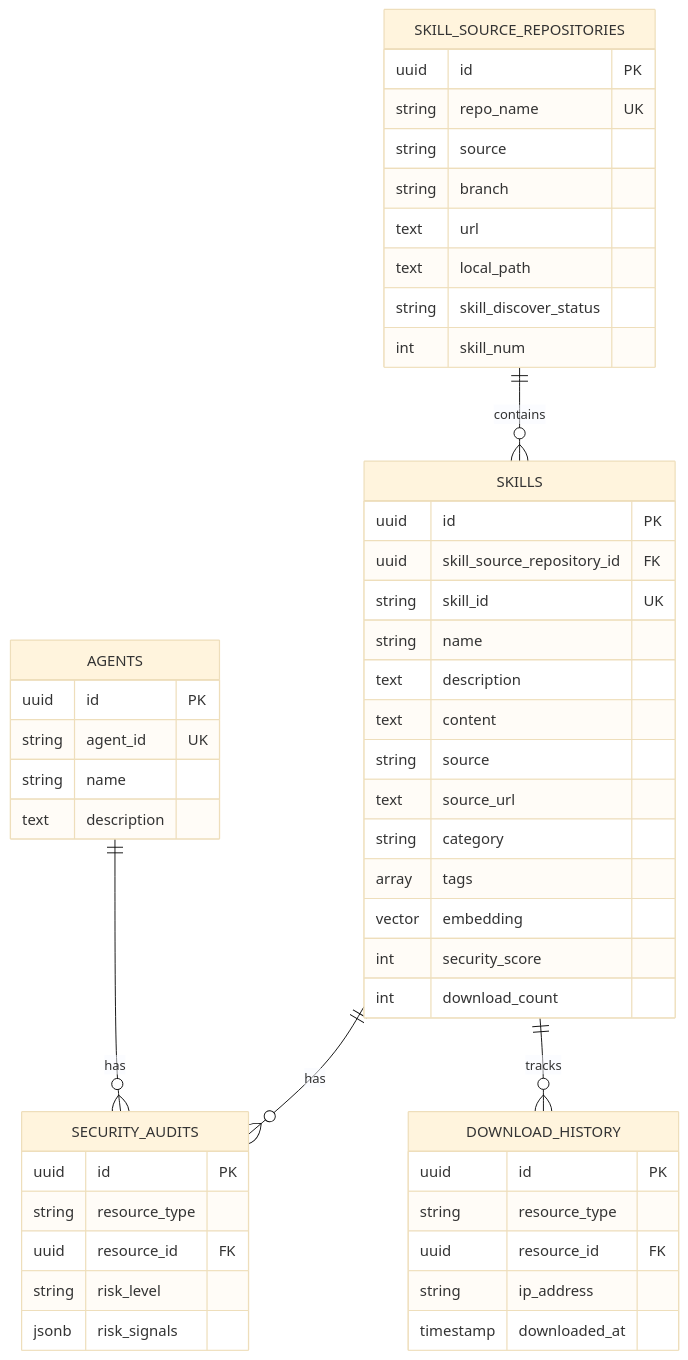
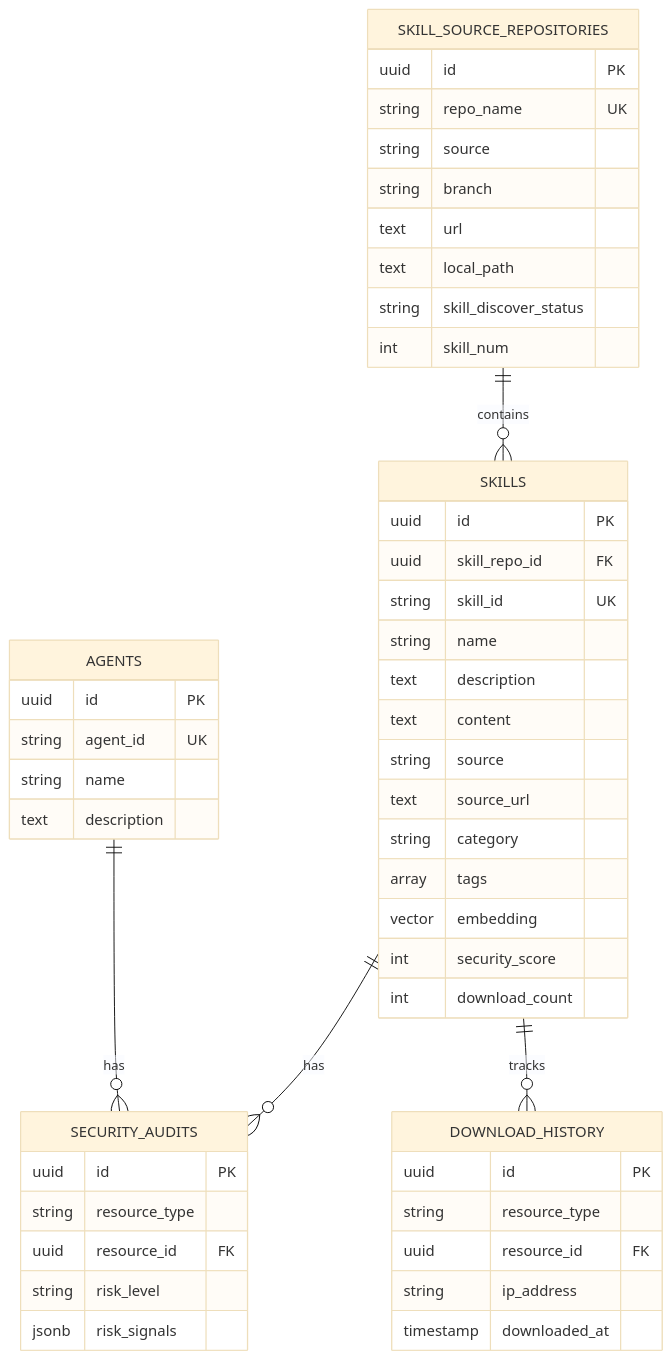
The third of 9 diagrams in doc/design/wittyhub-implementation-plan.md (openeuler-mirror/wittyhub), drawn with Mermaid (base theme) before and after one commit. The commit also changed 5 other files, not shown here.

````diff
--- a/doc/design/wittyhub-implementation-plan.md
+++ b/doc/design/wittyhub-implementation-plan.md
@@ -175,57 +175,57 @@
 ```mermaid
 erDiagram
     SKILL_SOURCE_REPOSITORIES ||--o{ SKILLS : contains
     SKILLS ||--o{ SECURITY_AUDITS : has
     SKILLS ||--o{ DOWNLOAD_HISTORY : tracks
     AGENTS ||--o{ SECURITY_AUDITS : has
 
     SKILL_SOURCE_REPOSITORIES {
         uuid id PK
         string repo_name UK
         string source
         string branch
         text url
         text local_path
         string skill_discover_status
         int skill_num
     }
 
     SKILLS {
         uuid id PK
-        uuid skill_source_repository_id FK
+        uuid skill_repo_id FK
         string skill_id UK
         string name
         text description
         text content
         string source
         text source_url
         string category
         array tags
         vector embedding
         int security_score
         int download_count
     }
 
     AGENTS {
         uuid id PK
         string agent_id UK
         string name
         text description
     }
 
     SECURITY_AUDITS {
         uuid id PK
         string resource_type
         uuid resource_id FK
         string risk_level
         jsonb risk_signals
     }
 
     DOWNLOAD_HISTORY {
         uuid id PK
         string resource_type
         uuid resource_id FK
         string ip_address
         timestamp downloaded_at
     }
 ```
````
